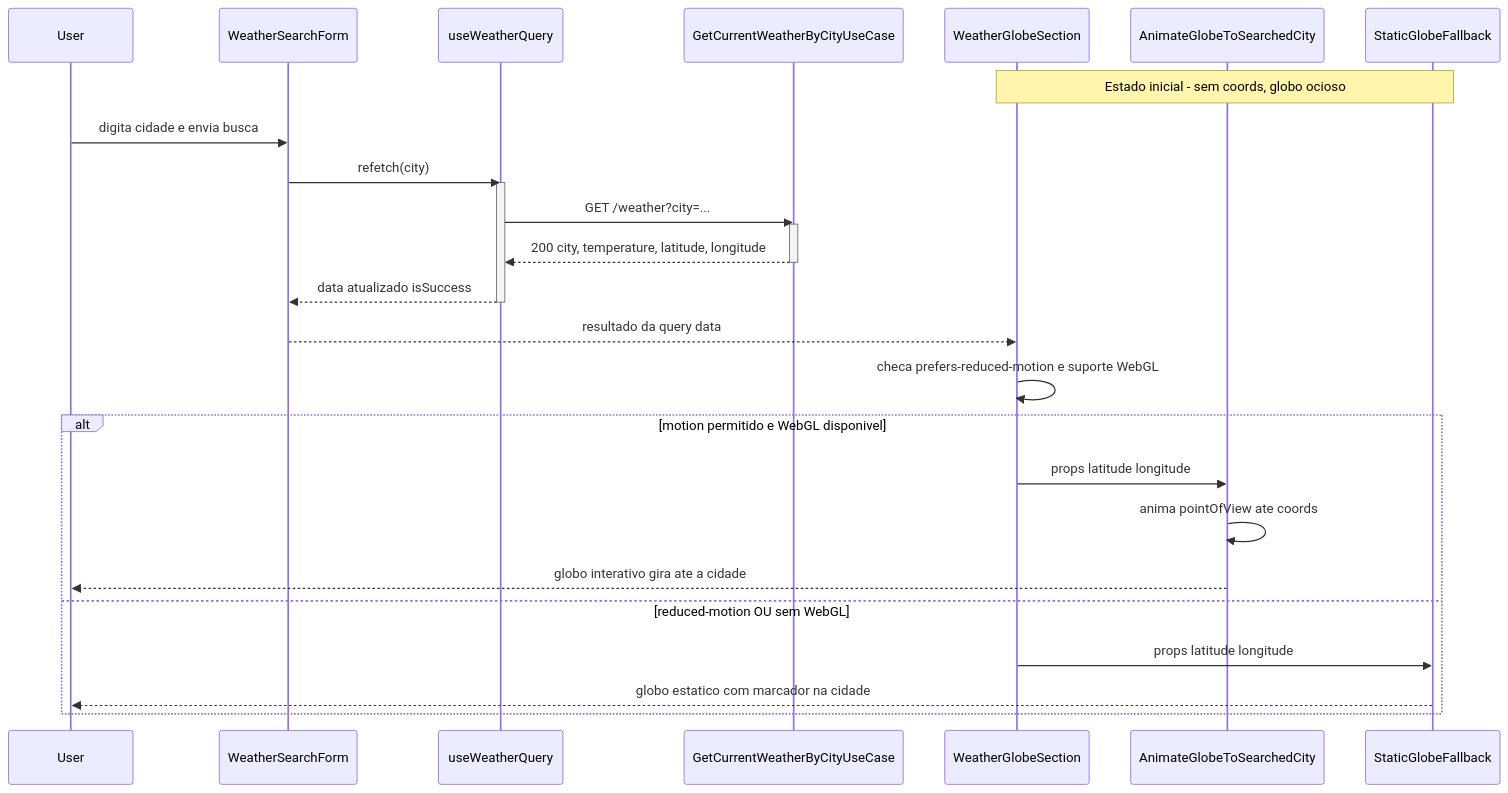
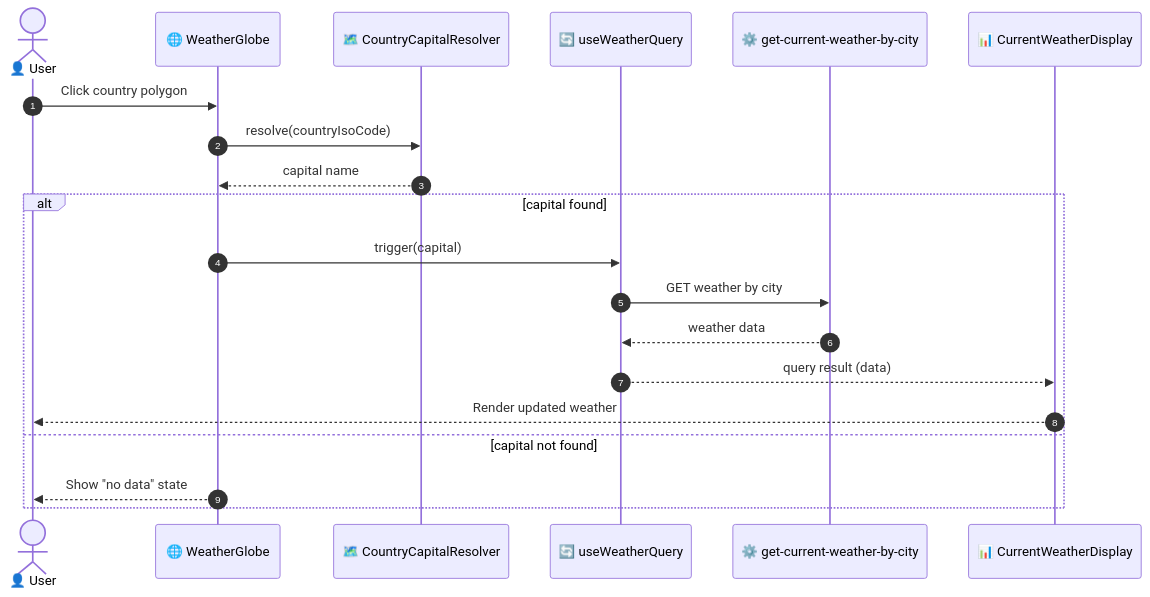
Before and after one commit to Cahmoraes/clean-arch-solid-ddd: the diagram in docs/superpowers/weather-globe-clima/specs/diagrams/weather-globe-clima-design_01_sequence_weather_globe_flow.mmd, drawn with Mermaid. The commit also changed 2 other files, not shown here.

Commit message:
docs(weather-globe-clima): recria design do globo 3D em /clima do zero
Re-simulação completa da feature, ignorando mockup/PRD/plano anteriores:
globo 3D (react-globe.gl) complementando a busca por cidade, resolução
país->capital 100% no frontend, sem mudança de backend.

Claude-Session: https://claude.ai/code/session_01BEckk6ntu5gE5BC1NnF9kh

```diff
--- a/docs/superpowers/weather-globe-clima/specs/diagrams/weather-globe-clima-design_01_sequence_weather_globe_flow.mmd
+++ b/docs/superpowers/weather-globe-clima/specs/diagrams/weather-globe-clima-design_01_sequence_weather_globe_flow.mmd
@@ -1,32 +1,21 @@
 sequenceDiagram
-    participant U as User
-    participant F as WeatherSearchForm
-    participant Q as useWeatherQuery
-    participant B as GetCurrentWeatherByCityUseCase
-    participant S as WeatherGlobeSection
-    participant A as AnimateGlobeToSearchedCity
-    participant G as StaticGlobeFallback
+    autonumber
+    actor U as 👤 User
+    participant G as 🌐 WeatherGlobe
+    participant R as 🗺️ CountryCapitalResolver
+    participant Q as 🔄 useWeatherQuery
+    participant B as ⚙️ get-current-weather-by-city
+    participant D as 📊 CurrentWeatherDisplay
 
-    Note over S,G: Estado inicial - sem coords, globo ocioso
-
-    U->>F: digita cidade e envia busca
-    F->>Q: refetch(city)
-    activate Q
-    Q->>B: GET /weather?city=...
-    activate B
-    B-->>Q: 200 city, temperature, latitude, longitude
-    deactivate B
-    Q-->>F: data atualizado isSuccess
-    deactivate Q
-    F-->>S: resultado da query data
-
-    S->>S: checa prefers-reduced-motion e suporte WebGL
-
-    alt motion permitido e WebGL disponivel
-        S->>A: props latitude longitude
-        A->>A: anima pointOfView ate coords
-        A-->>U: globo interativo gira ate a cidade
-    else reduced-motion OU sem WebGL
-        S->>G: props latitude longitude
-        G-->>U: globo estatico com marcador na cidade
+    U->>G: Click country polygon
+    G->>R: resolve(countryIsoCode)
+    R-->>G: capital name
+    alt capital found
+        G->>Q: trigger(capital)
+        Q->>B: GET weather by city
+        B-->>Q: weather data
+        Q-->>D: query result (data)
+        D-->>U: Render updated weather
+    else capital not found
+        G-->>U: Show "no data" state
     end
```
